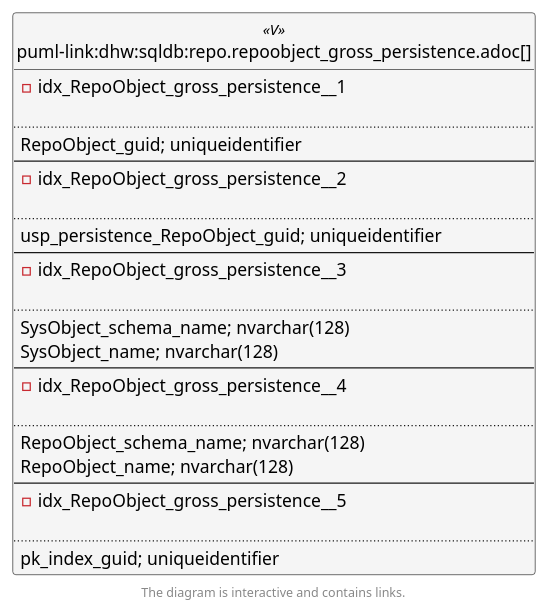
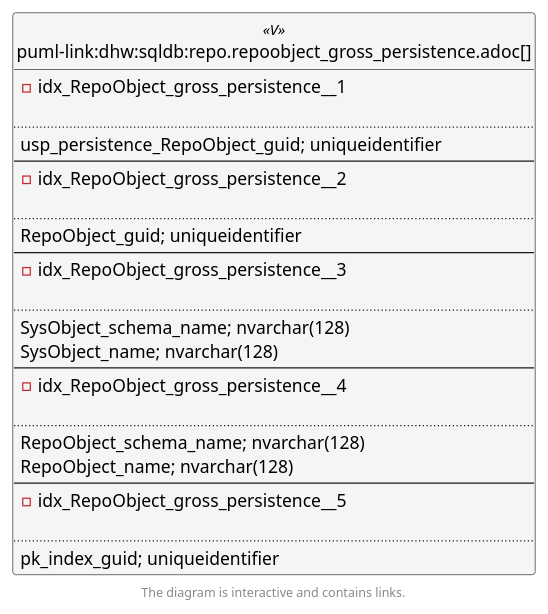
Before and after one commit to DataHandwerk/dhw-antora-sqldb: the second of 6 diagrams in docs/modules/sqldb/partials/content/repo.repoobject_gross_persistence.adoc, drawn with PlantUML. The commit also changed other lines of this file and 701 other files, not shown here.

```diff
--- a/docs/modules/sqldb/partials/content/repo.repoobject_gross_persistence.adoc
+++ b/docs/modules/sqldb/partials/content/repo.repoobject_gross_persistence.adoc
@@ -2334,65 +2334,65 @@
 [plantuml, entity_1_1_fk-{docname}, svg, subs=macros]
 ....
 @startuml
 left to right direction
 'top to bottom direction
 hide circle
 'avoide "." issues:
 set namespaceSeparator none
 
 
 skinparam class {
   BackgroundColor White
   BackgroundColor<<FN>> Yellow
   BackgroundColor<<FS>> Yellow
   BackgroundColor<<FT>> LightGray
   BackgroundColor<<IF>> Yellow
   BackgroundColor<<IS>> Yellow
   BackgroundColor<<P>>  Aqua
   BackgroundColor<<PC>> Aqua
   BackgroundColor<<SN>> Yellow
   BackgroundColor<<SO>> SlateBlue
   BackgroundColor<<TF>> LightGray
   BackgroundColor<<TR>> Tomato
   BackgroundColor<<U>>  White
   BackgroundColor<<V>>  WhiteSmoke
   BackgroundColor<<X>>  Aqua
   BackgroundColor<<external>> AliceBlue
 }
 
 
 entity "puml-link:dhw:sqldb:repo.repoobject_gross_persistence.adoc[]" as repo.RepoObject_gross_persistence << V >> {
 - idx_RepoObject_gross_persistence__1
 
 ..
-RepoObject_guid; uniqueidentifier
+usp_persistence_RepoObject_guid; uniqueidentifier
 --
 - idx_RepoObject_gross_persistence__2
 
 ..
-usp_persistence_RepoObject_guid; uniqueidentifier
+RepoObject_guid; uniqueidentifier
 --
 - idx_RepoObject_gross_persistence__3
 
 ..
 SysObject_schema_name; nvarchar(128)
 SysObject_name; nvarchar(128)
 --
 - idx_RepoObject_gross_persistence__4
 
 ..
 RepoObject_schema_name; nvarchar(128)
 RepoObject_name; nvarchar(128)
 --
 - idx_RepoObject_gross_persistence__5
 
 ..
 pk_index_guid; uniqueidentifier
 }
 
 
 
 footer The diagram is interactive and contains links.
 
 @enduml
 ....
```
